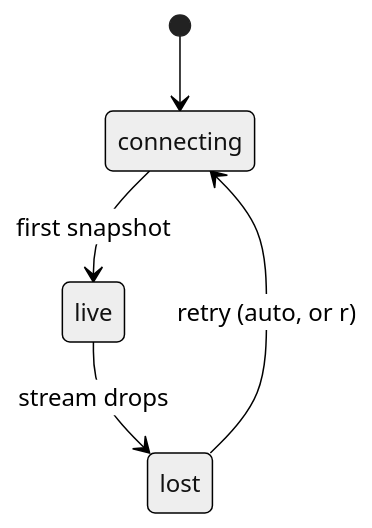
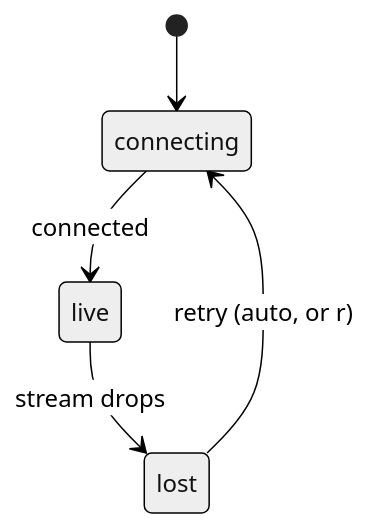
Before and after one commit to ClearCloudSoftware/flowboard: the diagram in docs/FlowBoard/Settings And Plumbing/Live Updates.md, drawn with Mermaid (neutral theme). The commit also changed other lines of this file and 23 other files, not shown here.

````diff
--- a/docs/FlowBoard/Settings And Plumbing/Live Updates.md
+++ b/docs/FlowBoard/Settings And Plumbing/Live Updates.md
@@ -58,7 +58,7 @@
 ```mermaid
 stateDiagram-v2
   [*] --> connecting
-  connecting --> live: first snapshot
+  connecting --> live: connected
   live --> lost: stream drops
   lost --> connecting: retry (auto, or r)
 ```
````
